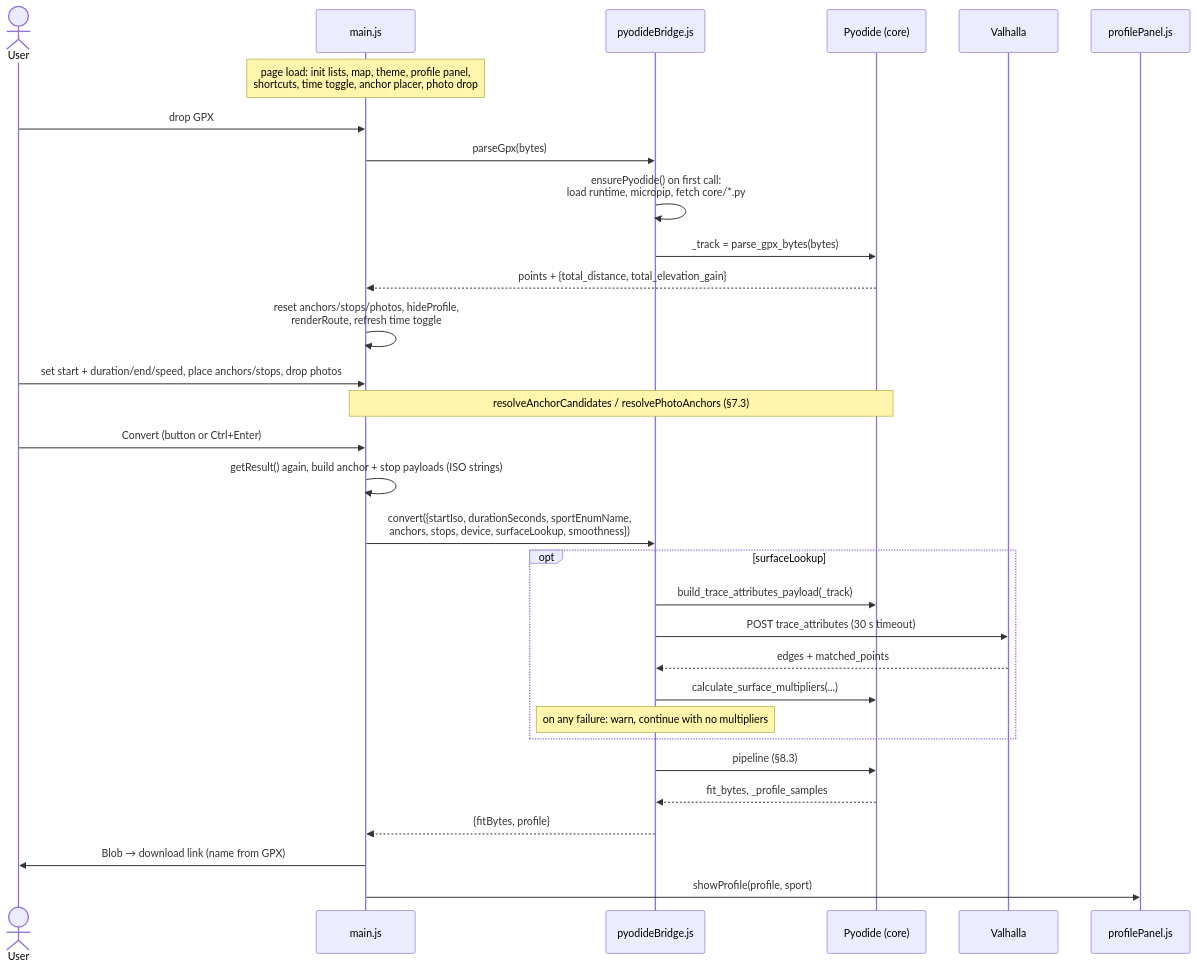
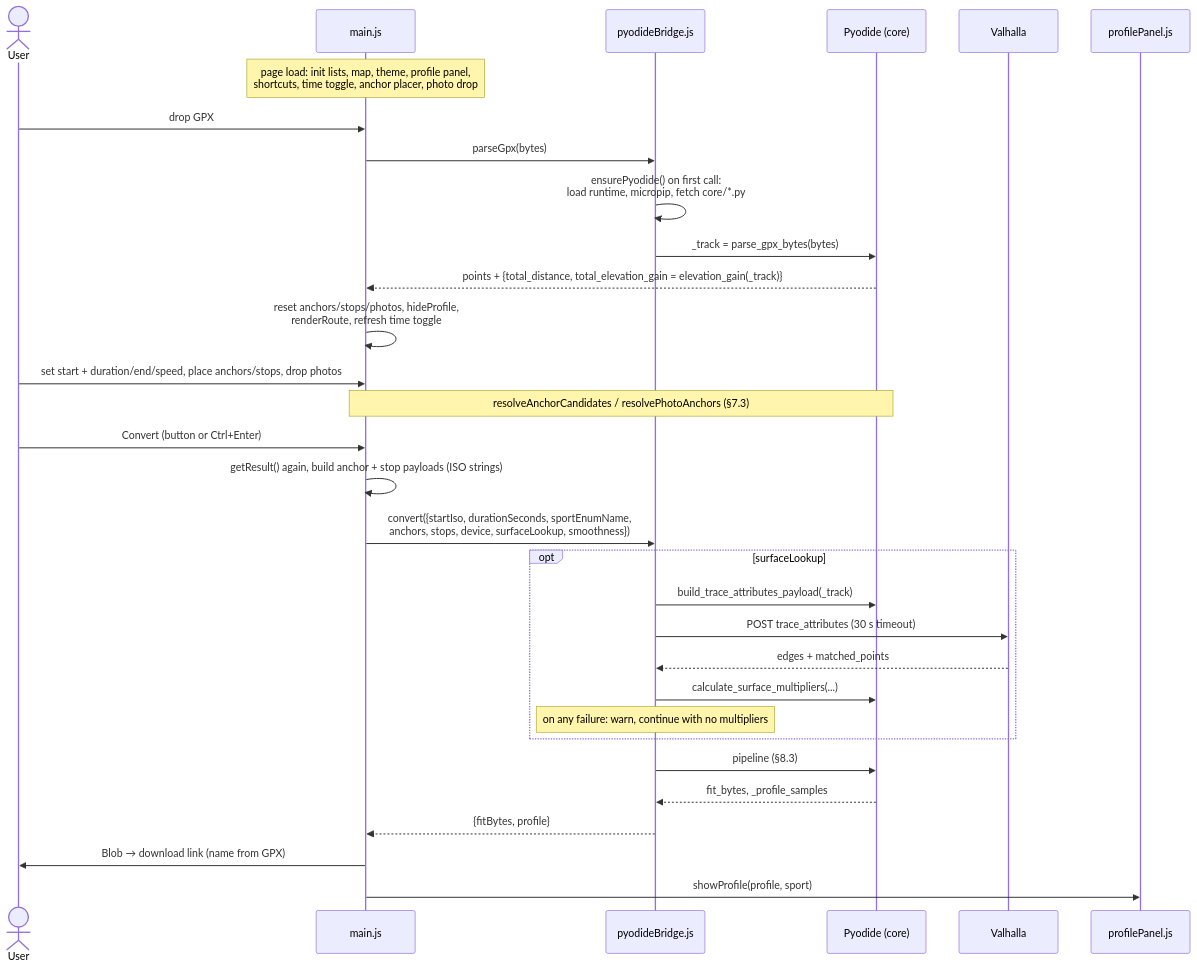
Before and after one commit to martin-iflap/GPX_to_FIT: diagram 13 of 15 in docs/ARCHITECTURE.md, drawn with Mermaid. The commit also changed other lines of this file and 24 other files, not shown here.

````diff
--- a/docs/ARCHITECTURE.md
+++ b/docs/ARCHITECTURE.md
@@ -784,34 +804,34 @@
 ```mermaid
 sequenceDiagram
   actor U as User
   participant Main as main.js
   participant B as pyodideBridge.js
   participant Py as Pyodide (core)
   participant V as Valhalla
   participant PP as profilePanel.js
 
   Note over Main: page load: init lists, map, theme, profile panel,<br/>shortcuts, time toggle, anchor placer, photo drop
   U->>Main: drop GPX
   Main->>B: parseGpx(bytes)
   B->>B: ensurePyodide() on first call:<br/>load runtime, micropip, fetch core/*.py
   B->>Py: _track = parse_gpx_bytes(bytes)
-  Py-->>Main: points + {total_distance, total_elevation_gain}
+  Py-->>Main: points + {total_distance, total_elevation_gain = elevation_gain(_track)}
   Main->>Main: reset anchors/stops/photos, hideProfile,<br/>renderRoute, refresh time toggle
   U->>Main: set start + duration/end/speed, place anchors/stops, drop photos
   Note over Main,Py: resolveAnchorCandidates / resolvePhotoAnchors (§7.3)
   U->>Main: Convert (button or Ctrl+Enter)
   Main->>Main: getResult() again, build anchor + stop payloads (ISO strings)
   Main->>B: convert({startIso, durationSeconds, sportEnumName,<br/>anchors, stops, device, surfaceLookup, smoothness})
   opt surfaceLookup
     B->>Py: build_trace_attributes_payload(_track)
     B->>V: POST trace_attributes (30 s timeout)
     V-->>B: edges + matched_points
     B->>Py: calculate_surface_multipliers(...)
     Note over B: on any failure: warn, continue with no multipliers
   end
   B->>Py: pipeline (§8.3)
   Py-->>B: fit_bytes, _profile_samples
   B-->>Main: {fitBytes, profile}
   Main->>U: Blob → download link (name from GPX)
   Main->>PP: showProfile(profile, sport)
 ```
````
